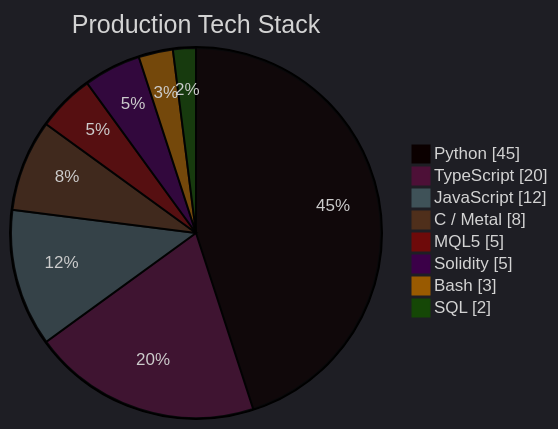
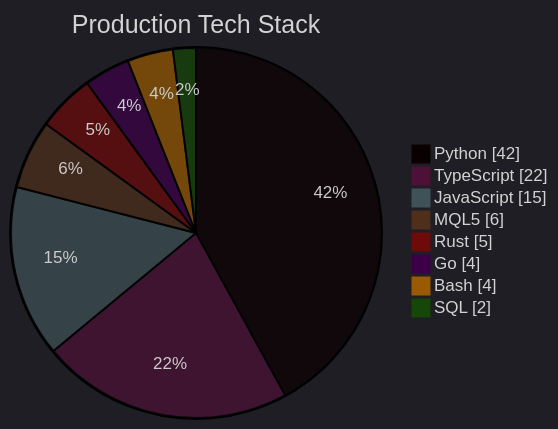
The sixth of 15 diagrams in README.md (MatheusAgueda/MatheusAgueda), drawn with Mermaid before and after one commit. The commit also changed other lines of this file, not shown here.

````diff
--- a/README.md
+++ b/README.md
@@ -681,13 +644,13 @@
 ```mermaid
 %%{init: {'theme': 'dark'}}%%
 pie showData
     title Production Tech Stack
-    "Python" : 45
-    "TypeScript" : 20
-    "JavaScript" : 12
-    "C / Metal" : 8
-    "MQL5" : 5
-    "Solidity" : 5
-    "Bash" : 3
+    "Python" : 42
+    "TypeScript" : 22
+    "JavaScript" : 15
+    "MQL5" : 6
+    "Rust" : 5
+    "Go" : 4
+    "Bash" : 4
     "SQL" : 2
 ```
````
